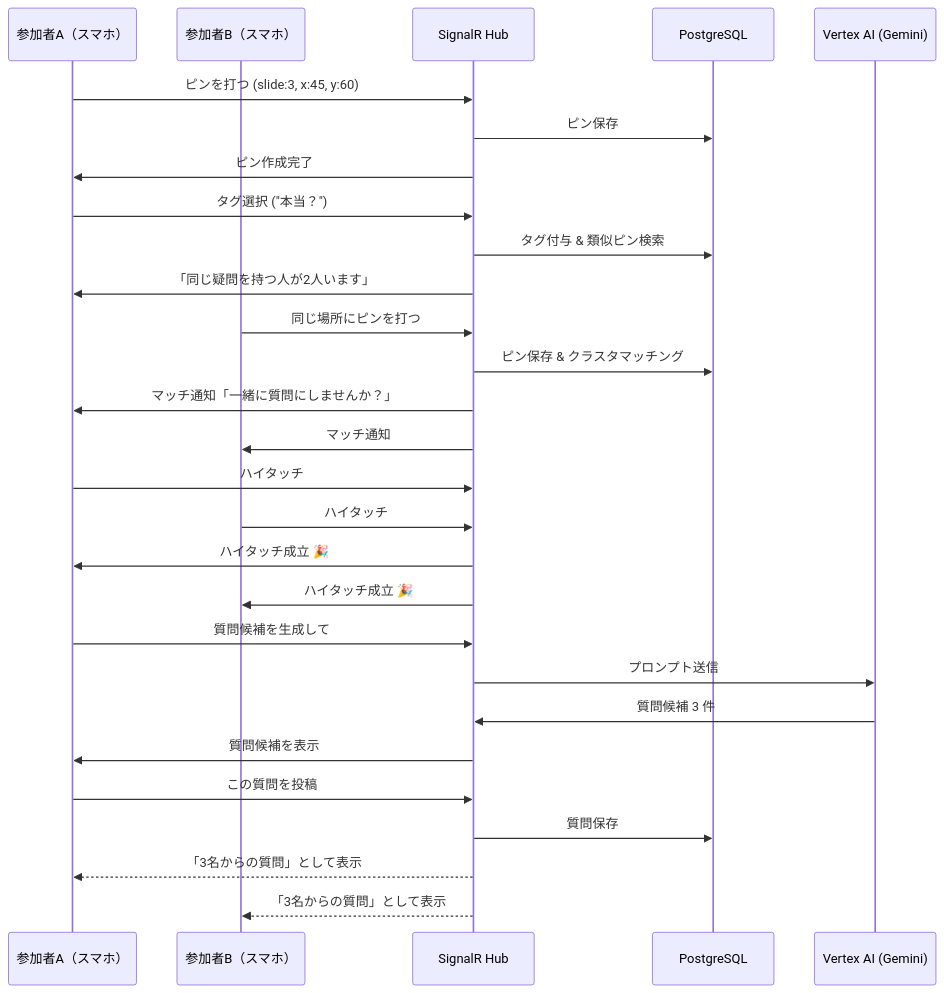
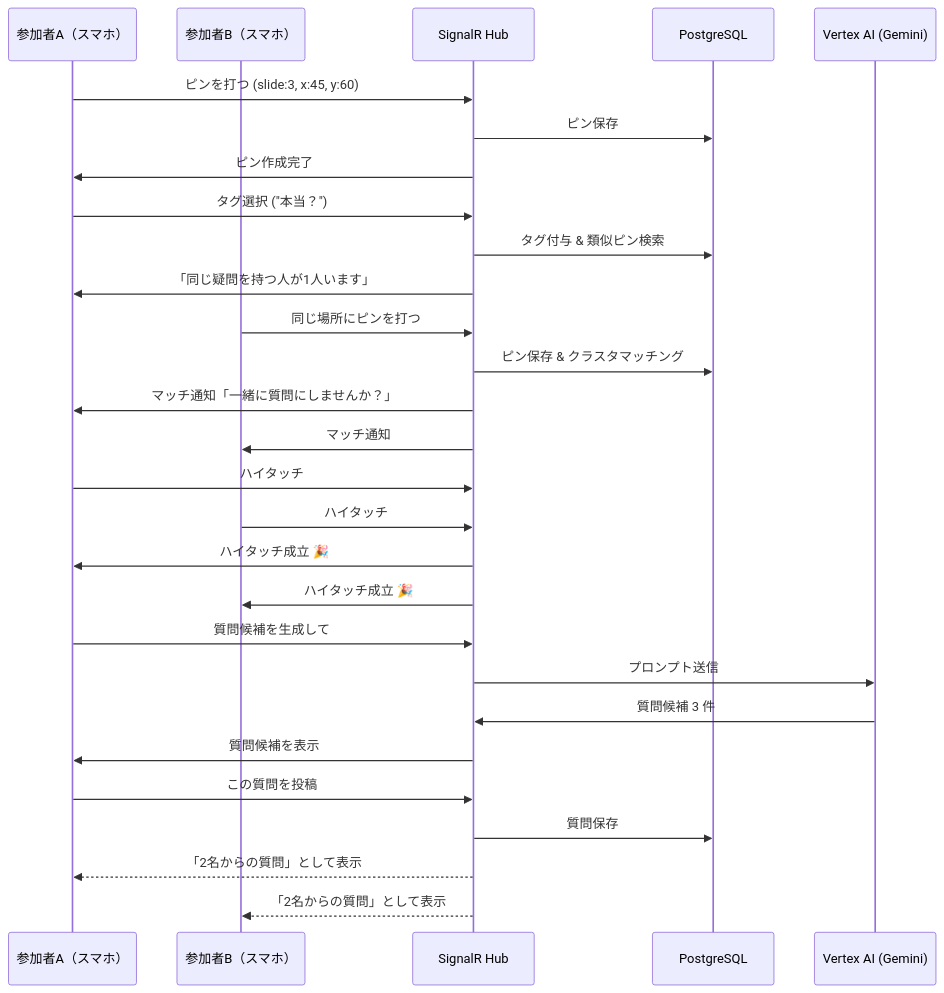
Before and after one commit to takaT-toho/promptMemo: the diagram in mermaid/02.md, drawn with Mermaid.

````diff
--- a/mermaid/02.md
+++ b/mermaid/02.md
@@ -1,36 +1,36 @@
 ```mermaid
 sequenceDiagram
     participant U1 as 参加者A（スマホ）
     participant U2 as 参加者B（スマホ）
     participant Hub as SignalR Hub
     participant DB as PostgreSQL
     participant AI as Vertex AI (Gemini)
 
     U1->>Hub: ピンを打つ (slide:3, x:45, y:60)
     Hub->>DB: ピン保存
     Hub->>U1: ピン作成完了
 
     U1->>Hub: タグ選択 ("本当？")
     Hub->>DB: タグ付与 & 類似ピン検索
-    Hub->>U1: 「同じ疑問を持つ人が2人います」
+    Hub->>U1: 「同じ疑問を持つ人が1人います」
 
     U2->>Hub: 同じ場所にピンを打つ
     Hub->>DB: ピン保存 & クラスタマッチング
     Hub->>U1: マッチ通知「一緒に質問にしませんか？」
     Hub->>U2: マッチ通知
 
     U1->>Hub: ハイタッチ
     U2->>Hub: ハイタッチ
     Hub->>U1: ハイタッチ成立 🎉
     Hub->>U2: ハイタッチ成立 🎉
 
     U1->>Hub: 質問候補を生成して
     Hub->>AI: プロンプト送信
     AI->>Hub: 質問候補 3 件
     Hub->>U1: 質問候補を表示
 
     U1->>Hub: この質問を投稿
     Hub->>DB: 質問保存
-    Hub-->>U1: 「3名からの質問」として表示
-    Hub-->>U2: 「3名からの質問」として表示
+    Hub-->>U1: 「2名からの質問」として表示
+    Hub-->>U2: 「2名からの質問」として表示
 ```
````
